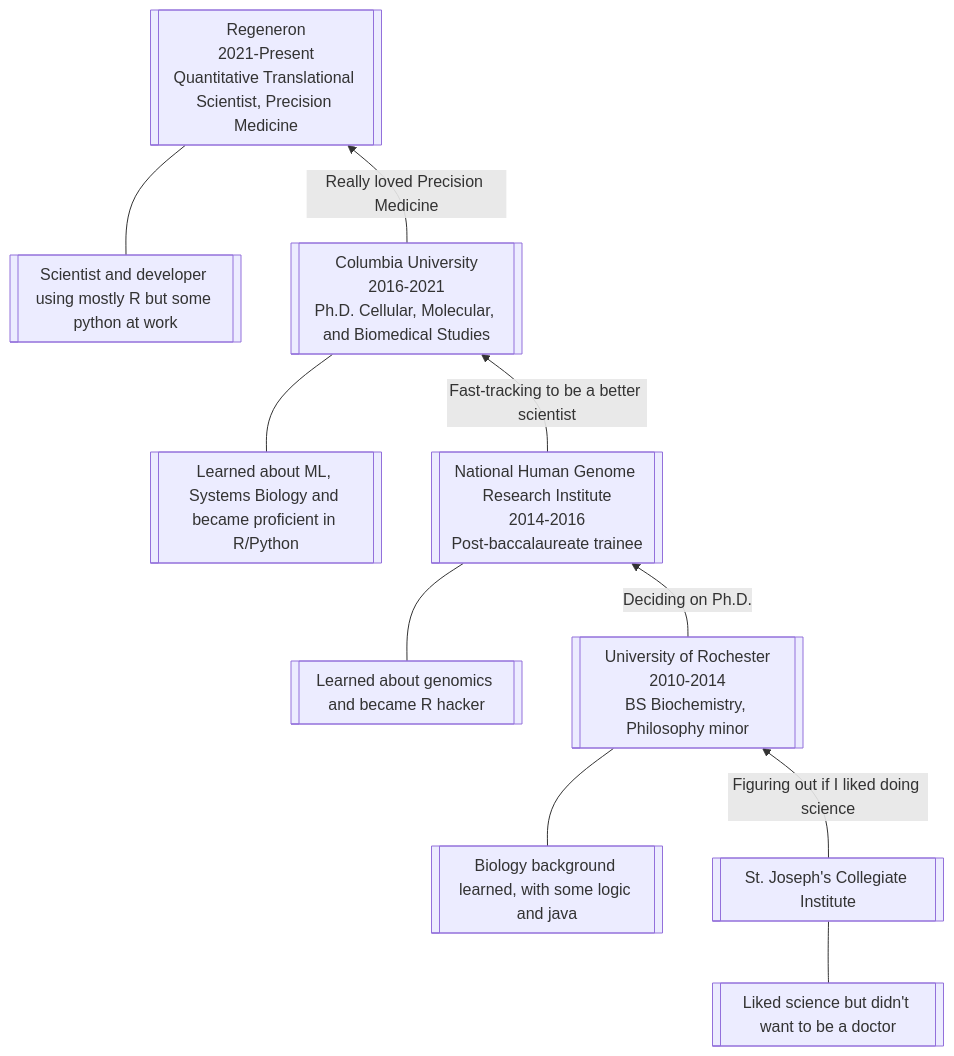
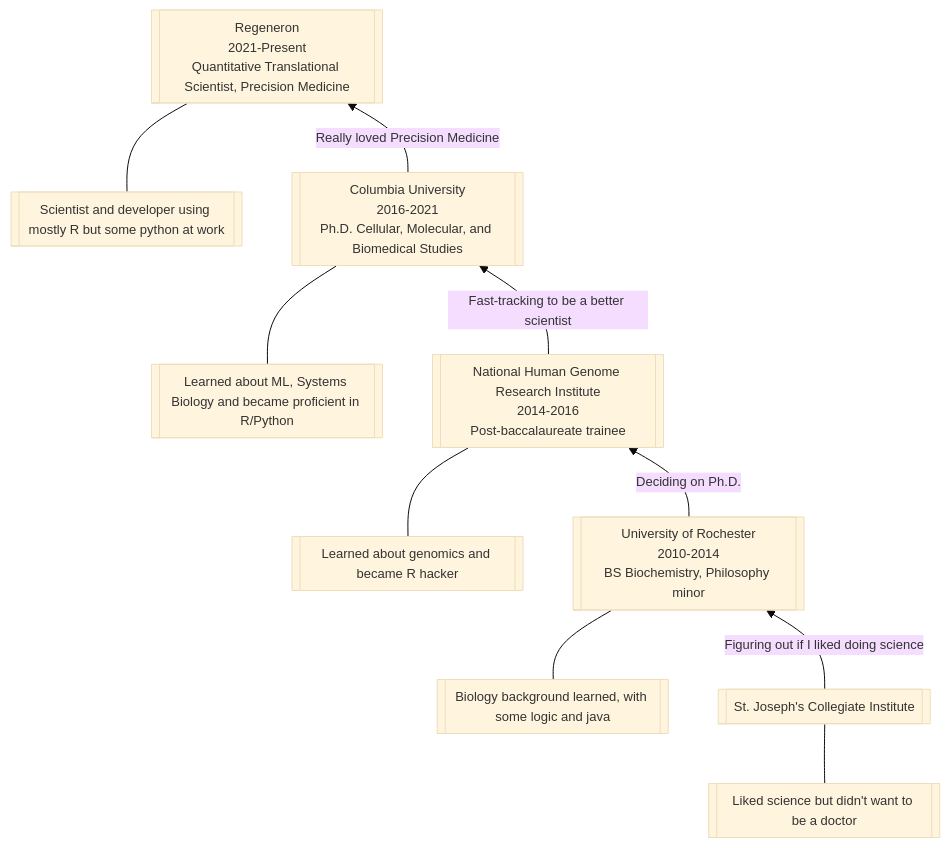
One commit to ngiangre/ngiangre.github.io changed the diagram in content/about/index.qmd. Above: the diagram before and after it, drawn with Mermaid. The commit also changed 4 other files, not shown here.

Commit message:
adding theme to mermaid diagram

````diff
--- a/content/about/index.qmd
+++ b/content/about/index.qmd
@@ -33,17 +33,20 @@
 ```{mermaid}
 %%| label: fig-mermaid-flowchart
 %%| fig-cap: Education and experience timeline
 %%| fig-height: 20
+
+%%{init: {'theme': 'base', 'themeVariables': { 'fontSize': '13px', 'fontFamily': 'Inter'}}}%%
+
 flowchart BT
   HSCoding[[Liked science but didn't want to be a doctor]] --- HS
   CollegeCoding[[Biology background learned, with some logic and java]] --- College
   PostbacCoding[[Learned about genomics and became R hacker]] --- Postbac
   PhdCoding[[Learned about ML, Systems Biology and became proficient in R/Python]] --- Phd
   JobCoding[[Scientist and developer using mostly R but some python at work]] --- Job
 
   HS[[St. Joseph's Collegiate Institute]] -- Figuring out if I liked doing science --> College[[University of Rochester<br>2010-2014<br>BS Biochemistry, Philosophy minor]]
   College -- Deciding on Ph.D. --> Postbac[[National Human Genome Research Institute<br>2014-2016<br>Post-baccalaureate trainee]]
   Postbac -- Fast-tracking to be a better scientist --> Phd[[Columbia University<br>2016-2021<br>Ph.D. Cellular, Molecular, and Biomedical Studies]]
   Phd -- Really loved Precision Medicine -->  Job[[Regeneron<br>2021-Present<br>Quantitative Translational Scientist, Precision Medicine]]
-  
+ 
 ```
````
